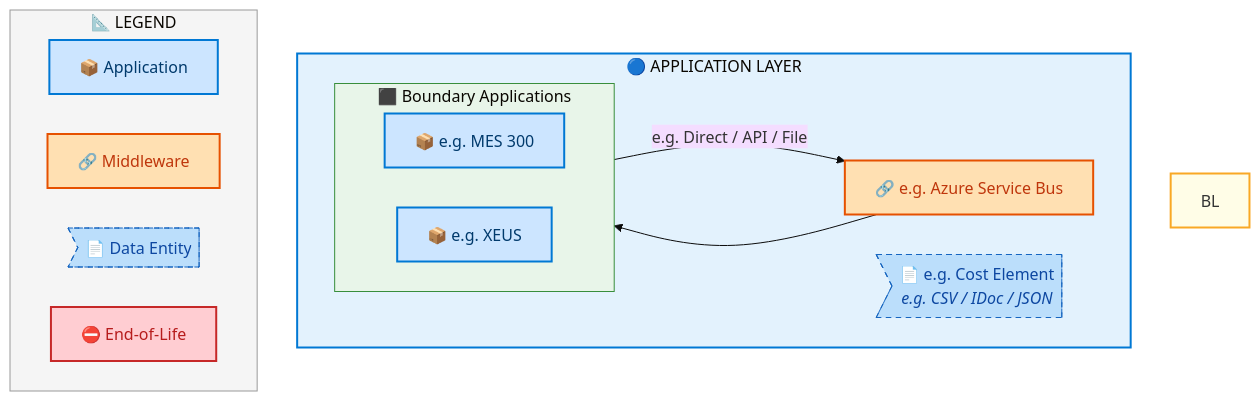
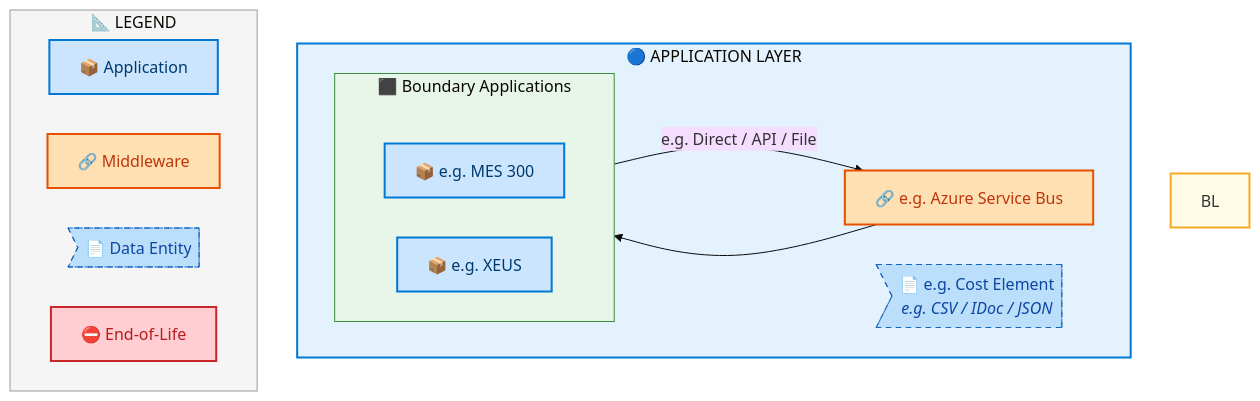
One commit to sajivfrancis777/IAO-Architecture changed the fifth of 7 diagrams in towers/E2E/Procure to Pay/E2E-112/output/docs/systems-architecture/E2E-112-Architecture.md. Above: the diagram before and after it, drawn with Mermaid. The commit also changed other lines of this file and 250 other files, not shown here.

First line of the commit message:
perf+fix: lazy Mermaid rendering + rank-enforced layer ordering

````diff
--- a/towers/E2E/Procure to Pay/E2E-112/output/docs/systems-architecture/E2E-112-Architecture.md
+++ b/towers/E2E/Procure to Pay/E2E-112/output/docs/systems-architecture/E2E-112-Architecture.md
@@ -461,42 +463,44 @@
 ```mermaid
 %%{init: {"theme": "base", "securityLevel": "loose", "themeVariables": {"fontSize": "16px", "fontFamily": "Segoe UI, Arial, sans-serif"}, "flowchart": {"useMaxWidth": false, "htmlLabels": true, "nodeSpacing": 40, "rankSpacing": 50}} }%%
 flowchart TB
     %% -- ArchiMate 3.2 + Azure style classes --
     classDef business      fill:#FFFFB3,stroke:#F9A825,stroke-width:2px,color:#000
     classDef app           fill:#CCE5FF,stroke:#0078D4,stroke-width:2px,color:#003A6C
     classDef data          fill:#BBDEFB,stroke:#1565C0,stroke-width:1px,color:#0D47A1,stroke-dasharray: 5 5
     classDef middleware    fill:#FFE0B2,stroke:#E65100,stroke-width:2px,color:#BF360C
     classDef eol           fill:#FFCDD2,stroke:#C62828,stroke-width:2px,color:#B71C1C
     classDef saas          fill:#E1BEE7,stroke:#7B1FA2,stroke-width:2px,color:#4A148C
     classDef cloud         fill:#BBDEFB,stroke:#1565C0,stroke-width:2px,color:#0D47A1
     classDef onprem        fill:#C8E6C9,stroke:#2E7D32,stroke-width:2px,color:#1B5E20
+    classDef rankAnchor    width:0px,height:0px,padding:0px,margin:0px,fill:none,stroke:none
 
     subgraph AL["🔵 APPLICATION LAYER"]
         direction LR
         subgraph E2E112FLN_Boundary_Applications[" ⬛ Boundary Applications"]
             direction LR
+            E2E112F_ALRANK_0[ ]:::rankAnchor
             E2E112F_e_g_MES_300["📦 e.g. MES 300"]:::app
             E2E112F_e_g_XEUS["📦 e.g. XEUS"]:::app
         end
         E2E112FMW_e_g_Azure_Service_Bus["🔗 e.g. Azure Service Bus"]:::middleware
         E2E112FDE_e_g_Cost_Element>"📄 e.g. Cost Element<br/><i>e.g. CSV / IDoc / JSON</i>"]:::data
     end
 
     E2E112F_e_g_MES_300 -->|"e.g. Direct / API / File"| E2E112FMW_e_g_Azure_Service_Bus
     E2E112FMW_e_g_Azure_Service_Bus --> E2E112F_e_g_XEUS
 
 
     style BL fill:#FFFDE7,stroke:#F9A825,stroke-width:2px
     style AL fill:#E3F2FD,stroke:#0078D4,stroke-width:2px
 
     style E2E112FLN_Boundary_Applications fill:#E8F5E9,stroke:#388E3C,stroke-width:1px
 
     subgraph Legend["📐 LEGEND"]
         direction LR
         L_APP["📦 Application"]:::app
         L_MW["🔗 Middleware"]:::middleware
         L_DE>"📄 Data Entity"]:::data
         L_EOL["⛔ End-of-Life"]:::eol
     end
     style Legend fill:#F5F5F5,stroke:#999,stroke-width:1px
 ```
````
